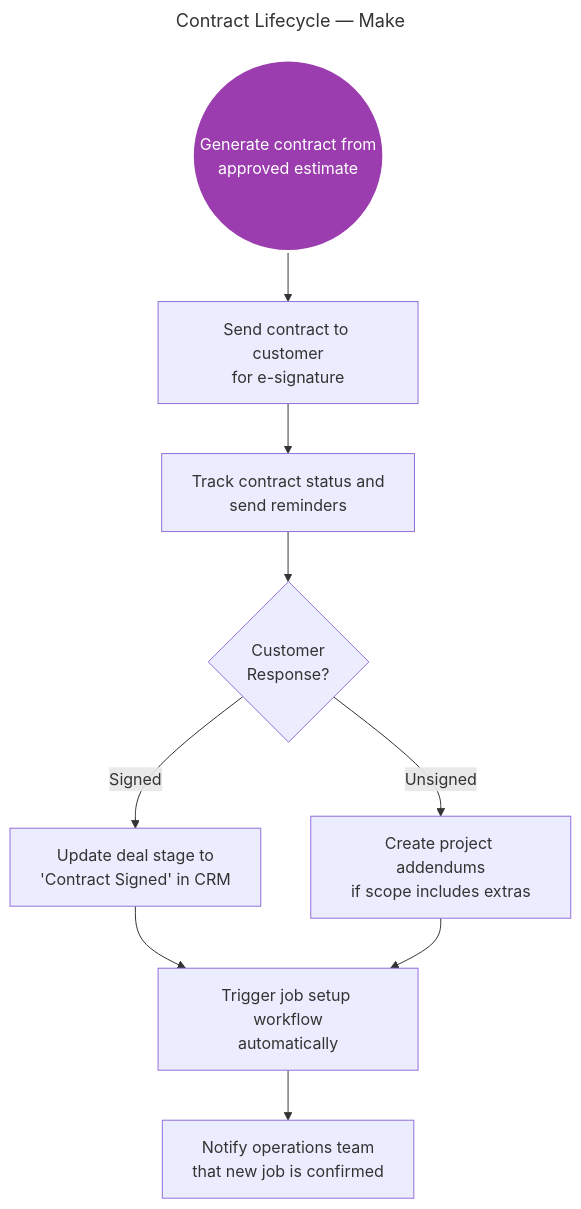
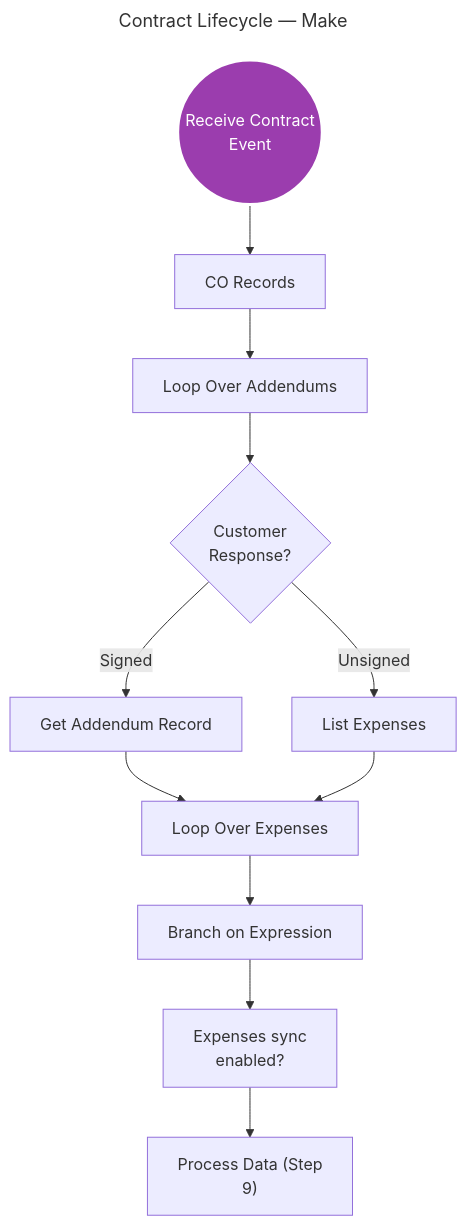
Before and after one commit to animaesuriens/home-service-os: the diagram in linkedin-posts/_pipeline/mermaid/diagrams/contract-lifecycle-make.mmd, drawn with Mermaid. The commit also changed 97 other files, not shown here.

First line of the commit message:
feat(15-02): update word count validation to 400-700, fix npm scripts, regenerate 42 diagrams

```diff
--- a/linkedin-posts/_pipeline/mermaid/diagrams/contract-lifecycle-make.mmd
+++ b/linkedin-posts/_pipeline/mermaid/diagrams/contract-lifecycle-make.mmd
@@ -1,23 +1,27 @@
 ---
 title: Contract Lifecycle — Make
 ---
 flowchart TD
-    A(("Generate contract from\napproved estimate")):::trigger
-    B["Send contract to customer\nfor e-signature"]
-    C["Track contract status and\nsend reminders"]
+    A(("Receive Contract\nEvent")):::trigger
+    B["CO Records"]
+    C["Loop Over Addendums"]
     D{"Customer\nResponse?"}
-    E["Update deal stage to\n'Contract Signed' in CRM"]
-    F["Create project addendums\nif scope includes extras"]
-    G["Trigger job setup workflow\nautomatically"]
-    H["Notify operations team\nthat new job is confirmed"]
+    E["Get Addendum Record"]
+    F["List Expenses"]
+    G["Loop Over Expenses"]
+    H["Branch on Expression"]
+    I["Expenses sync\nenabled?"]
+    J["Process Data (Step\n9)"]
 
     A --> B
     B --> C
     C --> D
     D -->|Signed| E
     D -->|Unsigned| F
     E --> G
     F --> G
     G --> H
+    H --> I
+    I --> J
 
     classDef trigger fill:#9b3dae,stroke:#fff,stroke-width:3px,color:#fff
```
